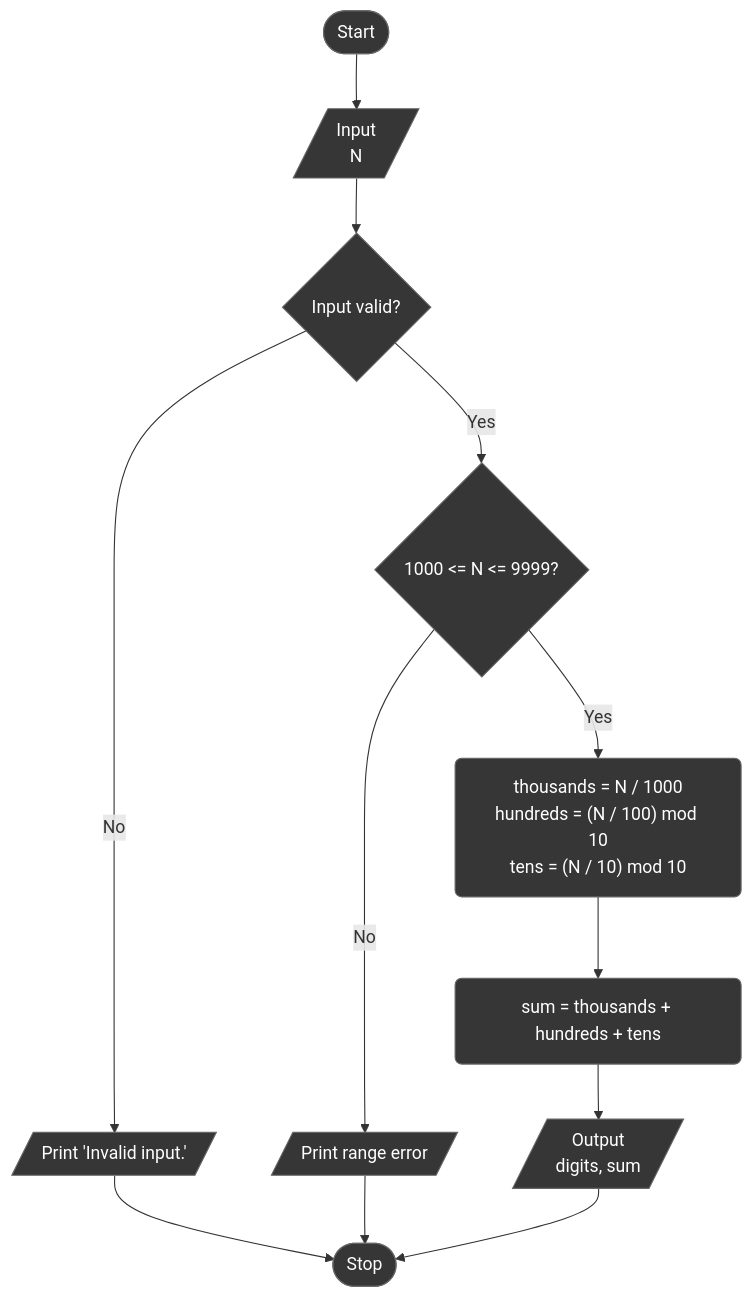
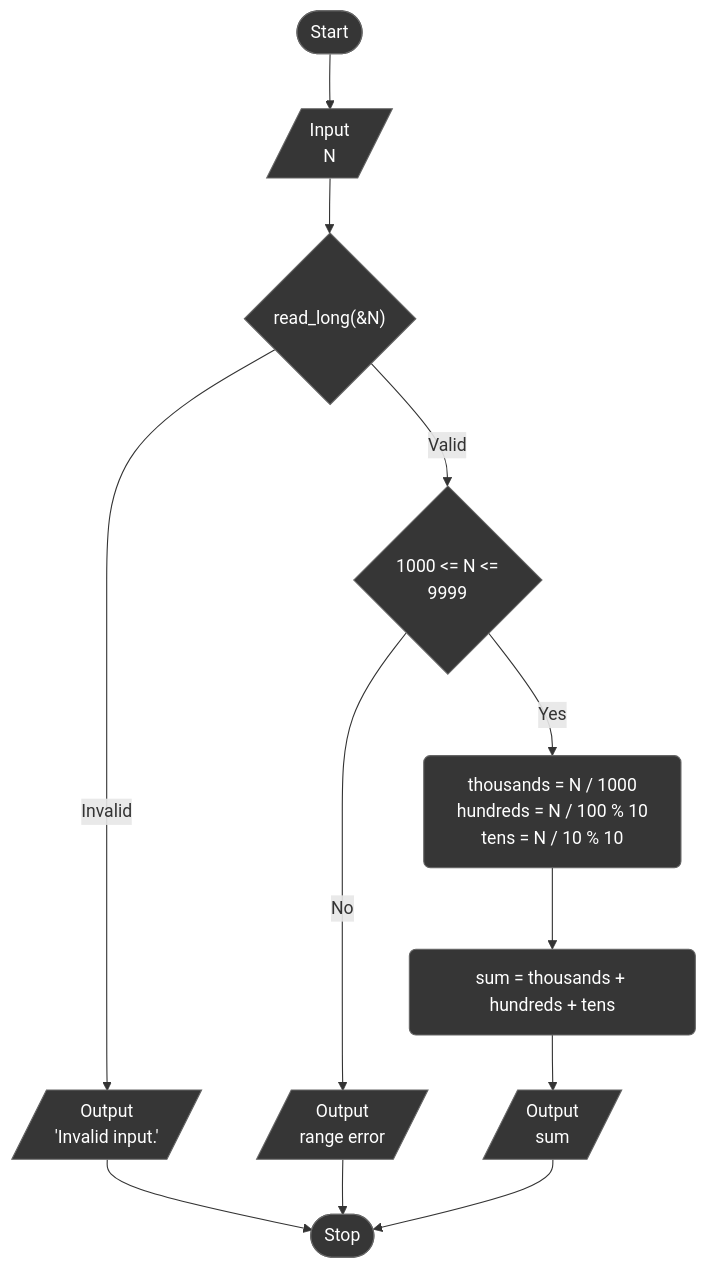
The fifth of 5 diagrams in lab_02/README.md (nykonhrytsyshyn/khnu-prog-labs), drawn with Mermaid before and after one commit. The commit also changed other lines of this file and 11 other files, not shown here.

````diff
--- a/lab_02/README.md
+++ b/lab_02/README.md
@@ -165,17 +165,17 @@
 ```mermaid
 flowchart TD
   A(["Start"]) --> B[/"Input<br/>N"/]
-  B --> C{"Input valid?"}
-  C -->|No| D[/"Print 'Invalid input.'"/]
-  C -->|Yes| E{"1000 <= N <= 9999?"}
-  E -->|No| F[/"Print range error"/]
-  E -->|Yes| G["thousands = N / 1000<br/>hundreds = (N / 100) mod 10<br/>tens = (N / 10) mod 10"]
+  B --> C{"read_long(&N)"}
+  C -->|Invalid| D[/"Output<br/>'Invalid input.'"/]
+  C -->|Valid| E{"1000 <= N <=<br/>9999"}
+  E -->|No| F[/"Output<br/>range error"/]
+  E -->|Yes| G["thousands = N / 1000<br/>hundreds = N / 100 % 10<br/>tens = N / 10 % 10"]
   G --> H["sum = thousands + hundreds + tens"]
-  H --> I[/"Output<br/>digits, sum"/]
+  H --> I[/"Output<br/>sum"/]
   D --> J(["Stop"])
   F --> J
   I --> J
 
   classDef stage fill:#363636,stroke:#666,color:#fff,rx:6,ry:6
   class A,B,C,D,E,F,G,H,I,J stage
 ```
````
